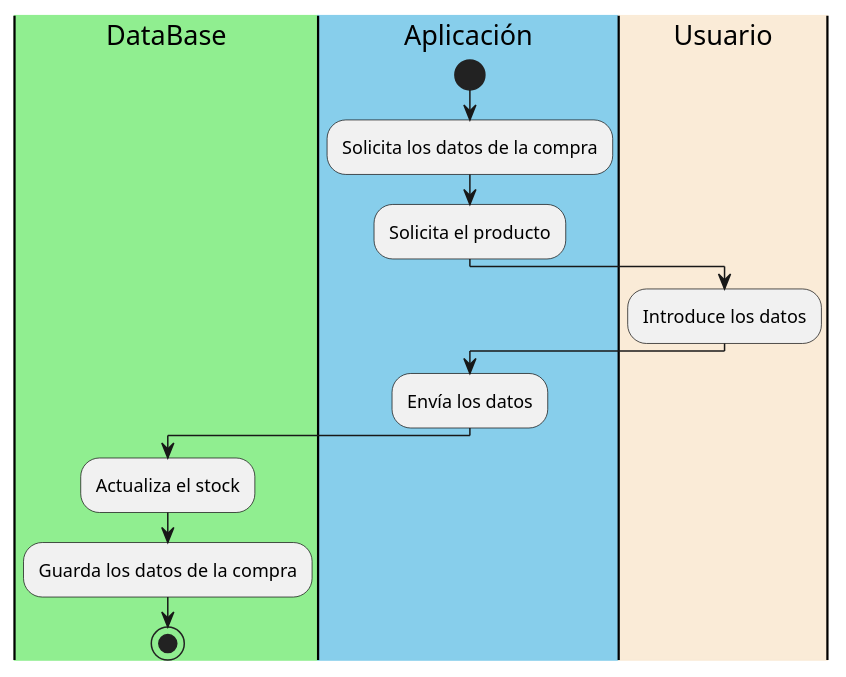
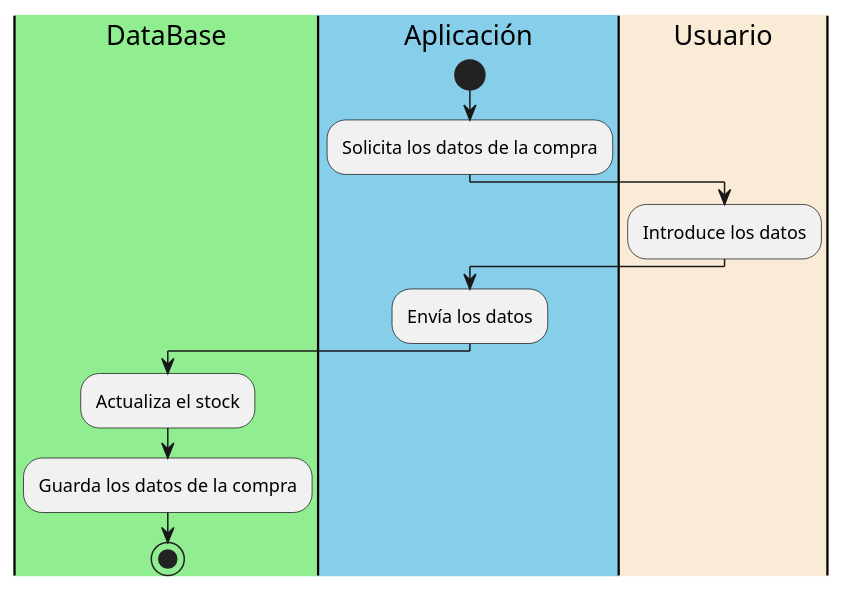
Before and after one commit to adrils16/MercaDawFinal: the fourth of 10 diagrams in design/DiagramaActividad.pu, drawn with PlantUML. The commit also changed other lines of this file, not shown here.

Commit message:
Anyadir Diagrama Actividad Que Faltaba

```diff
--- a/design/DiagramaActividad.pu
+++ b/design/DiagramaActividad.pu
@@ -31,15 +43,14 @@
 @startuml Alta de Compra
 |#LightGreen|DataBase|
 |#SkyBlue|Aplicación|
 start
 :Solicita los datos de la compra;
-:Solicita el producto;
 |#AntiqueWhite|Usuario|
 :Introduce los datos;
 |Aplicación|
 :Envía los datos;
 |DataBase|
 :Actualiza el stock;
 :Guarda los datos de la compra; 
 stop
 @enduml
```
